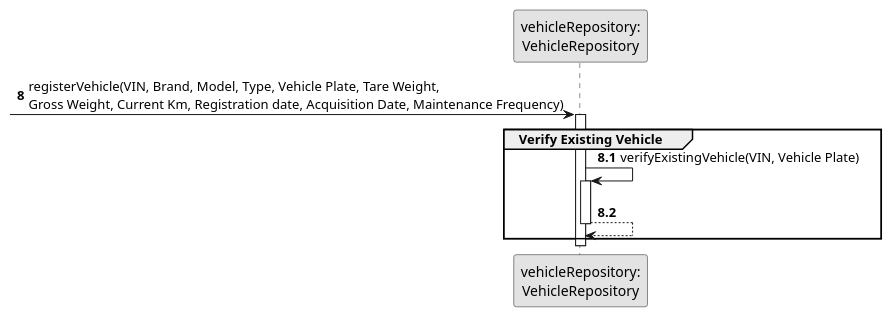
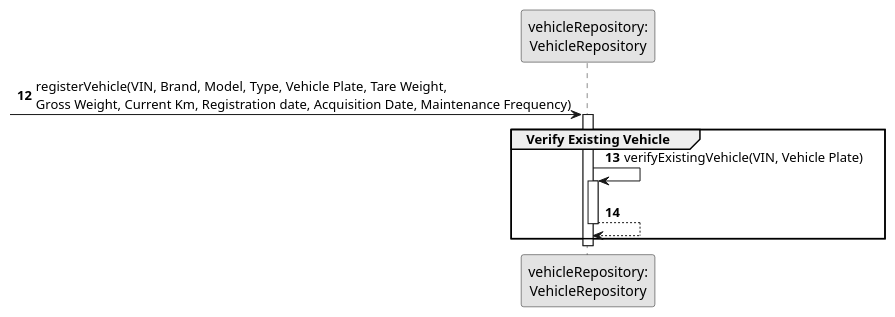
One commit to ricardomm7/leaflink changed the diagram in docs/sprintC/us006/03.design/puml/us006-sequence-diagram-partial-verify-existing-vehicle.puml. Above: the diagram before and after it, drawn with PlantUML. The commit also changed 12 other files, not shown here.

```diff
--- a/docs/sprintC/us006/03.design/puml/us006-sequence-diagram-partial-verify-existing-vehicle.puml
+++ b/docs/sprintC/us006/03.design/puml/us006-sequence-diagram-partial-verify-existing-vehicle.puml
@@ -1,25 +1,24 @@
 @startuml
 skinparam monochrome true
 skinparam packageStyle rectangle
 skinparam shadowing false
 
 participant "vehicleRepository:\nVehicleRepository" as VehicleRepository
 
-autonumber 8
+autonumber 12
 -> VehicleRepository  : registerVehicle(VIN, Brand, Model, Type, Vehicle Plate, Tare Weight, \nGross Weight, Current Km, Registration date, Acquisition Date, Maintenance Frequency)
 
 activate VehicleRepository
     group Verify Existing Vehicle
-    autonumber 8.1
 
         VehicleRepository -> VehicleRepository: verifyExistingVehicle(VIN, Vehicle Plate)
         activate VehicleRepository
 
         VehicleRepository --> VehicleRepository
         deactivate VehicleRepository
 
     end
 deactivate VehicleRepository
 
 
 @enduml
```
